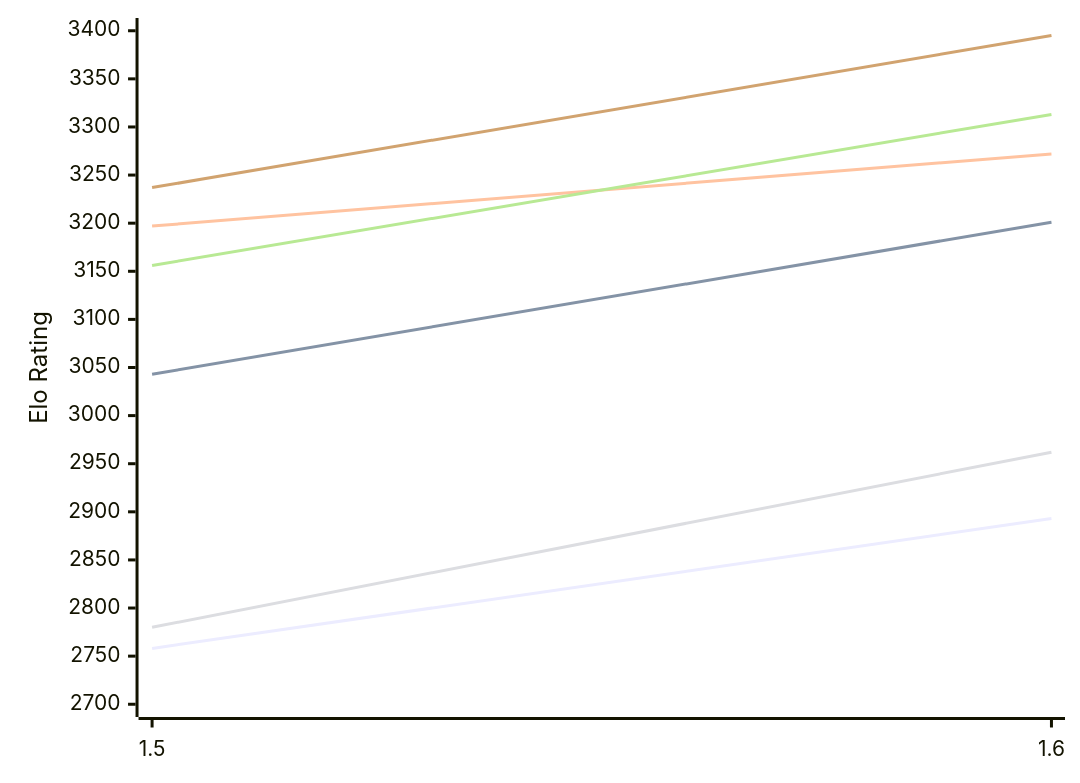
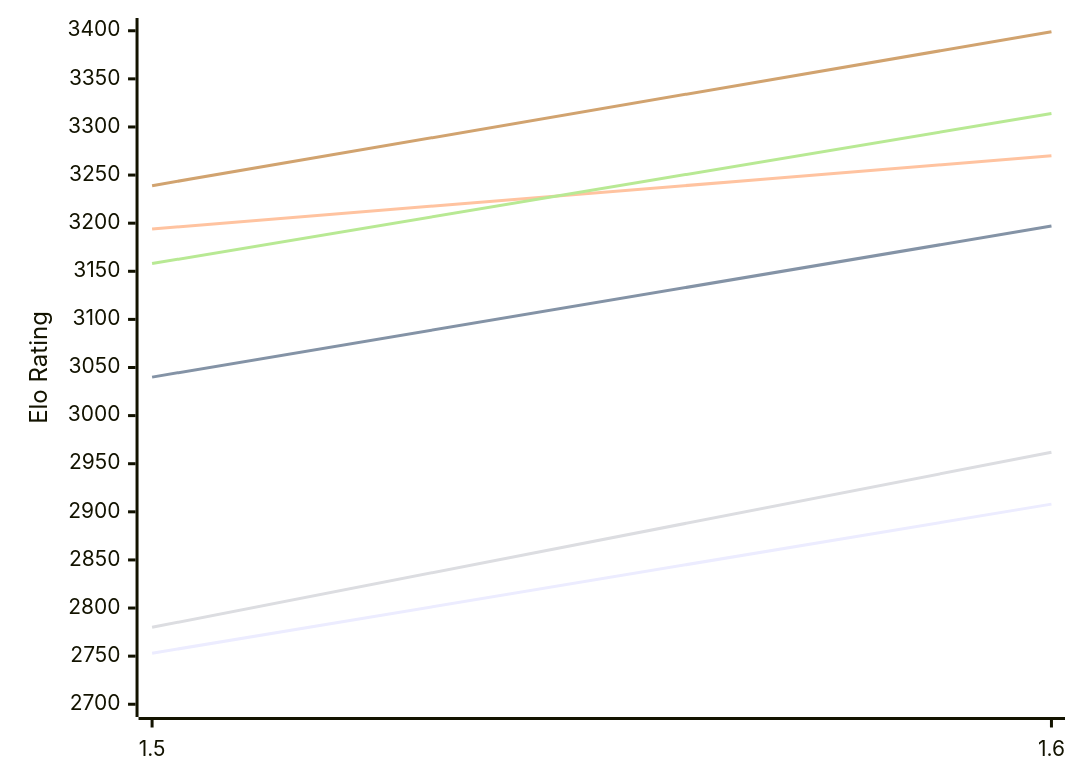
The first of 2 diagrams in engines/Yakka.md (computer-chess-index/cci), drawn with Mermaid before and after one commit. The commit also changed other lines of this file, not shown here.

Commit message:
Update CCI Ratings (ELO VLTC) - 2026-11-09

````diff
--- a/engines/Yakka.md
+++ b/engines/Yakka.md
@@ -51,12 +51,12 @@
 ```mermaid
 %%{init: {"theme":"base","themeVariables":{"seriesColors:['#a3a3a3','#222221','#faa371']}}}%%
 xychart-beta
   x-axis ["1.5", "1.6"]
   y-axis "Elo Rating" 2700 --> 3400
-  line "E1: STC (8.0+0.08s)" [2758, 2893]
-  line "E1: LTC (60.0+0.60s)" [3043, 3201]
-  line "E1: VLTC (2m24s+1.12s)" [3197, 3272]
+  line "E1: STC (8.0+0.08s)" [2753, 2908]
+  line "E1: LTC (60.0+0.60s)" [3040, 3197]
+  line "E1: VLTC (2m24s+1.12s)" [3194, 3270]
   line "P1: STC (8.0+0.08s)" [2780, 2962]
-  line "P1: LTC (60.0+0.60s)" [3156, 3313]
-  line "P1: VLTC (2m24s+1.12s)" [3237, 3395]
+  line "P1: LTC (60.0+0.60s)" [3158, 3314]
+  line "P1: VLTC (2m24s+1.12s)" [3239, 3399]
 ```
````
